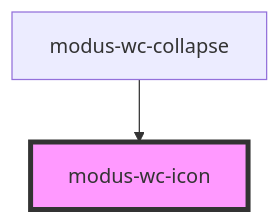
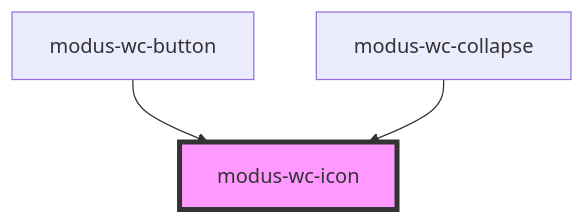
One commit to trimble-oss/modus-wc-2.0 changed the diagram in src/components/atoms/modus-wc-icon/readme.md. Above: the diagram before and after it, drawn with Mermaid. The commit also changed other lines of this file and 3 other files, not shown here.

````diff
--- a/src/components/atoms/modus-wc-icon/readme.md
+++ b/src/components/atoms/modus-wc-icon/readme.md
@@ -33,5 +34,6 @@
 ```mermaid
 graph TD;
+  modus-wc-button --> modus-wc-icon
   modus-wc-collapse --> modus-wc-icon
   style modus-wc-icon fill:#f9f,stroke:#333,stroke-width:4px
 ```
````
